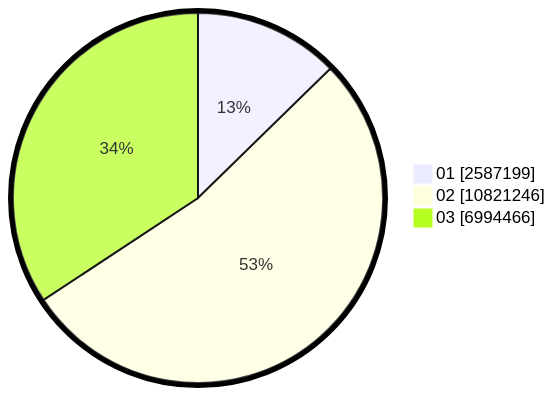
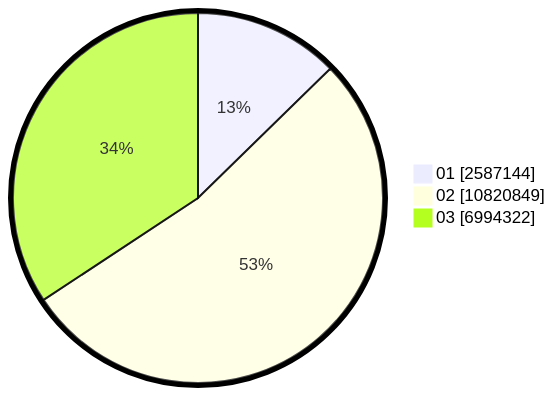
Before and after one commit to gigit-pemilu/pemilu-2024: the second of 2 diagrams in pilpres/hitung-suara/sub/table-wilayah-33.md, drawn with Mermaid. The commit also changed other lines of this file and 4 other files, not shown here.

````diff
--- a/pilpres/hitung-suara/sub/table-wilayah-33.md
+++ b/pilpres/hitung-suara/sub/table-wilayah-33.md
@@ -15,7 +15,7 @@
 ```mermaid
 %%{init: {"pie": {"textPosition": 0.5}, "themeVariables": {"pieOuterStrokeWidth": "5px"}} }%%
 pie showData
-    "01" : 2587199
-    "02" : 10821246
-    "03" : 6994466
+    "01" : 2587144
+    "02" : 10820849
+    "03" : 6994322
 ```
````
